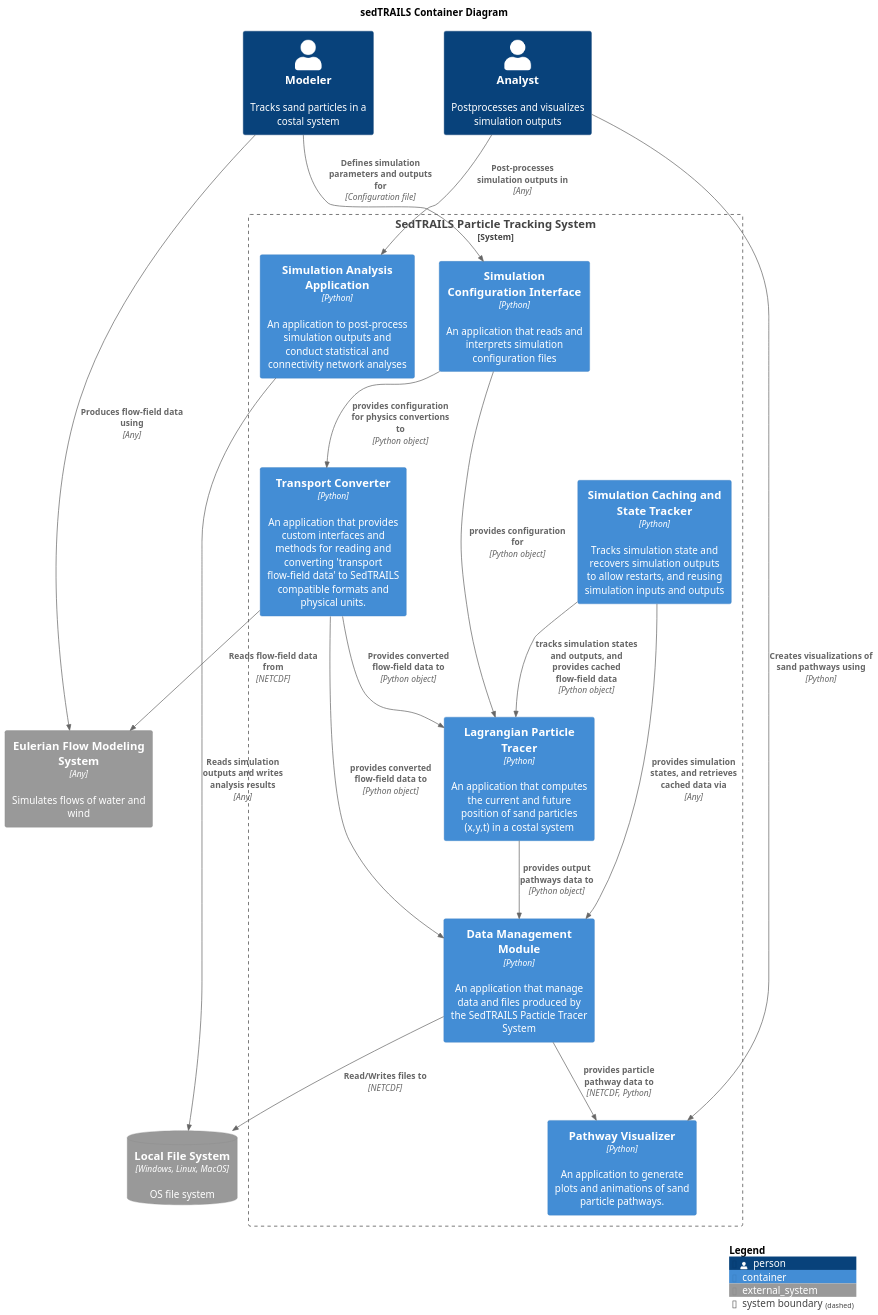
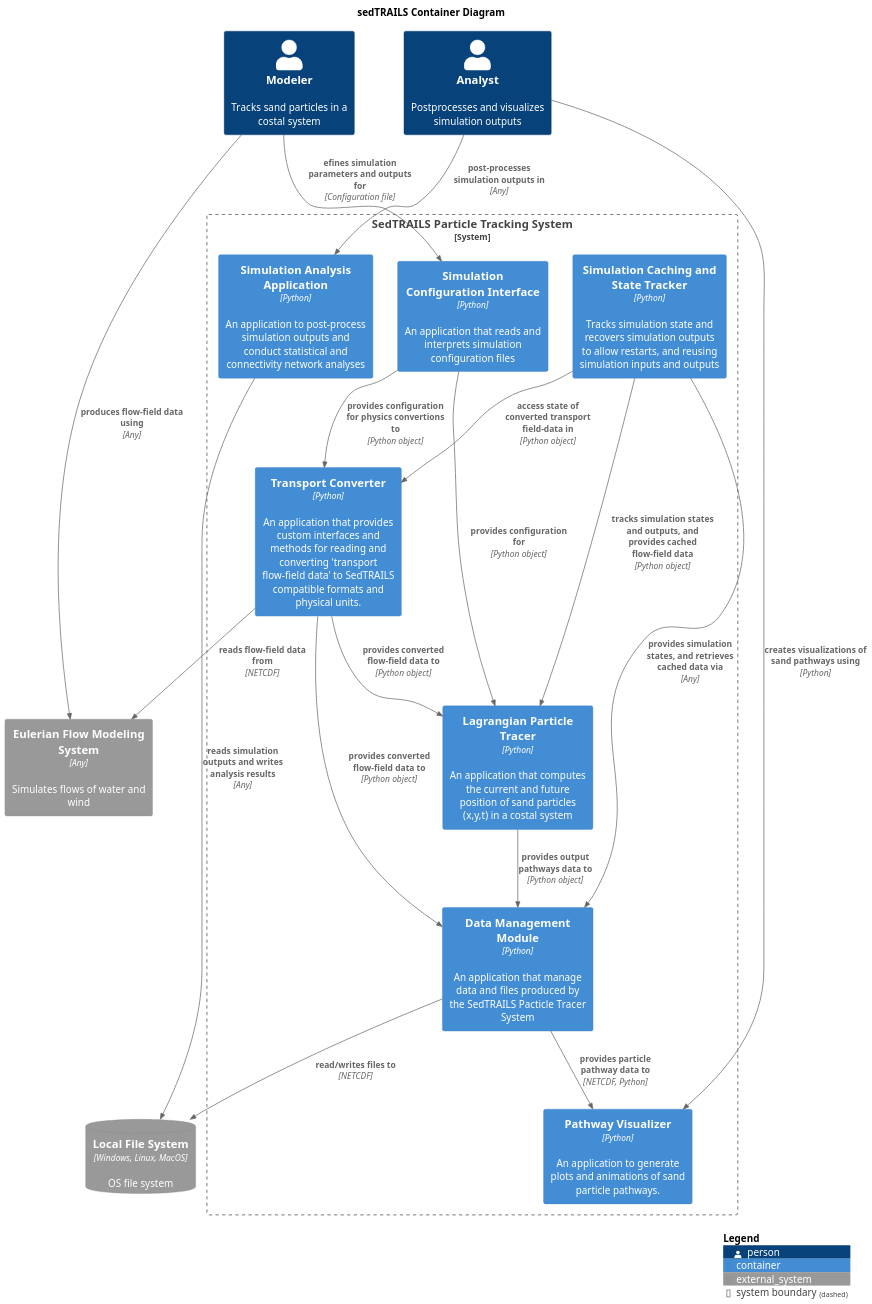
The diagram in diagrams/containers.puml (sgpearson17/sedtrails-sgp), drawn with PlantUML before and after one commit.

Commit message:
Refine relationships and descriptions in containers diagram for consistency and clarity

```diff
--- a/diagrams/containers.puml
+++ b/diagrams/containers.puml
@@ -1,59 +1,53 @@
 @startuml SedtrailContainer
 !include ./c4/C4_Container.puml
 
 title sedTRAILS Container Diagram
 scale 1.5
 ' LAYOUT_LANDSCAPE()
-
 
 Person(modeler, "Modeler", "Tracks sand particles in a costal system")
 Person(analyst, "Analyst", "Postprocesses and visualizes simulation outputs")
 
 System_Boundary(sedtrailsSystem, "SedTRAILS Particle Tracking System"){ 
     Container(sedtrailsTracer, "Lagrangian Particle Tracer", "Python", "An application that computes the current and future position of sand particles (x,y,t) in a costal system")
 
     Container(configInterface, "Simulation Configuration Interface", "Python", "An application that reads and interprets simulation configuration files")
 
     Container(transportConverter, "Transport Converter", "Python", "An application that provides custom interfaces and methods for reading and converting 'transport flow-field data' to SedTRAILS compatible formats and physical units.")
     Container(pathwayVisualizer, "Pathway Visualizer", "Python", "An application to generate plots and animations of sand particle pathways.")
     Container(cache, "Simulation Caching and State Tracker", "Python", "Tracks simulation state and recovers simulation outputs to allow restarts, and reusing simulation inputs and outputs")
     Container(dataManager, "Data Management Module", "Python", "An application that manage data and files produced by the SedTRAILS Pacticle Tracer System")
 
-    ' Container(connectivityNetworkSys, "Connectivity Network Application", "Python", "Tools for connectivity network analysis")
-
-    ' Container(statisticsSys, "Statistical Analysis Application", "Python", "Tools for various statistical analysis")
-
     Container(analystApp, "Simulation Analysis Application", "Python", "An application to post-process simulation outputs and conduct statistical and connectivity network analyses")
  
-    Rel(transportConverter, sedtrailsTracer, "Provides converted flow-field data to", "Python object")
+    Rel(transportConverter, sedtrailsTracer, "provides converted flow-field data to", "Python object")
 
     Rel(cache, sedtrailsTracer, "tracks simulation states and outputs, and provides cached flow-field data", "Python object")
+    Rel(cache, transportConverter, "access state of converted transport field-data in", "Python object")
+
     Rel(configInterface, transportConverter, "provides configuration for physics convertions to", "Python object")
     Rel(configInterface, sedtrailsTracer, "provides configuration for", "Python object")
     Rel(sedtrailsTracer, dataManager, "provides output pathways data to", "Python object")
 
     Rel(transportConverter, dataManager, "provides converted flow-field data to", "Python object") 
     Rel(cache, dataManager, "provides simulation states, and retrieves cached data via", "Any") 
 
     Rel(dataManager, pathwayVisualizer, "provides particle pathway data to", "NETCDF, Python")
 }
 System_Ext(flowSystem, "Eulerian Flow Modeling System", "Simulates flows of water and wind", $type="Any")
 
 SystemDb_Ext(fileSystem, "Local File System", "OS file system", $type="Windows, Linux, MacOS")
 
-Rel(dataManager, fileSystem, "Read/Writes files to", "NETCDF")
+Rel(dataManager, fileSystem, "read/writes files to", "NETCDF")
 
-Rel(modeler, configInterface, "Defines simulation parameters and outputs for", "Configuration file")
+Rel(modeler, configInterface, "efines simulation parameters and outputs for", "Configuration file")
 
-' Rel(dataManager, connectivityNetworkSys,  "Accesses simulation outputs using", "NETCDF")
-' Rel(dataManager, statisticsSys,  "provides simulation outputs to", "NETCDF")
+Rel(analyst, pathwayVisualizer, "creates visualizations of sand pathways using", "Python")
+Rel(analyst, analystApp, "post-processes simulation outputs in", "Any")
+Rel(analystApp, fileSystem, "reads simulation outputs and writes analysis results", "Any")
 
-Rel(analyst, pathwayVisualizer, "Creates visualizations of sand pathways using", "Python")
-Rel(analyst, analystApp, "Post-processes simulation outputs in", "Any")
-Rel(analystApp, fileSystem, "Reads simulation outputs and writes analysis results", "Any")
-
-Rel(modeler, flowSystem, "Produces flow-field data using", "Any")
-Rel(transportConverter, flowSystem, "Reads flow-field data from", "NETCDF")
+Rel(modeler, flowSystem, "produces flow-field data using", "Any")
+Rel(transportConverter, flowSystem, "reads flow-field data from", "NETCDF")
 
 SHOW_LEGEND()
 @enduml
```
